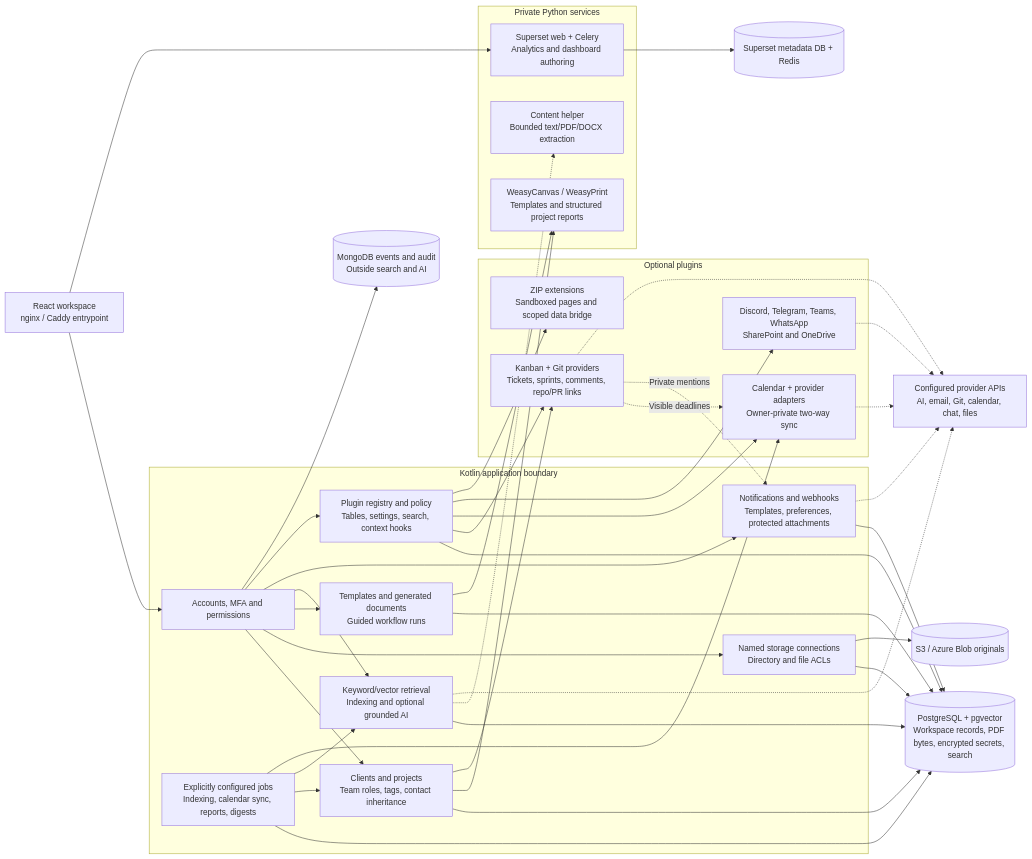
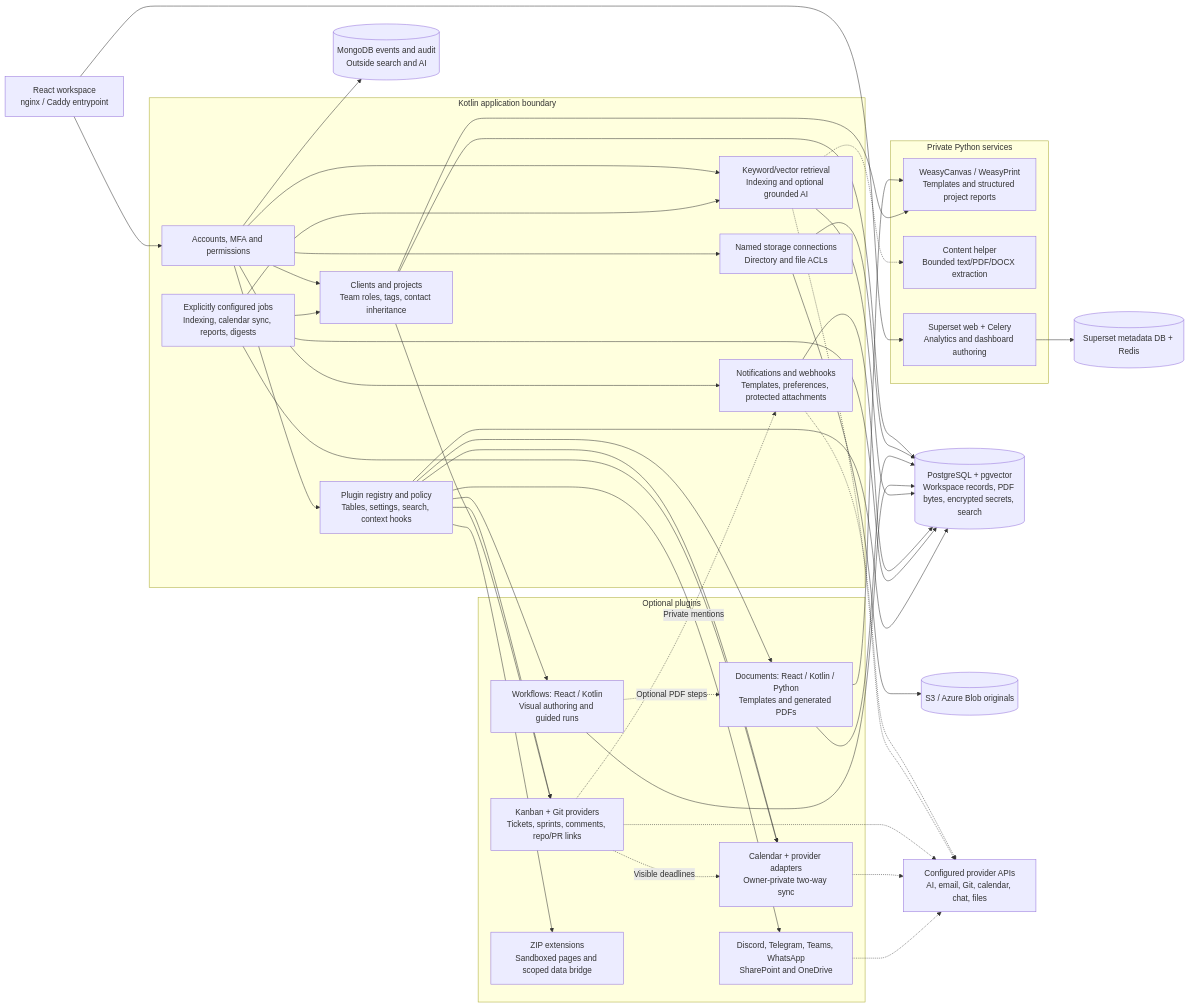
One commit to GrahamCHill/Meshable-Ops changed the first of 2 diagrams in docs/architecture.md. Above: the diagram before and after it, drawn with Mermaid. The commit also changed other lines of this file and 30 other files, not shown here.

````diff
--- a/docs/architecture.md
+++ b/docs/architecture.md
@@ -33,45 +33,47 @@
 ```mermaid
 flowchart LR
     browser["React workspace<br/>nginx / Caddy entrypoint"]
     subgraph core["Kotlin application boundary"]
         auth["Accounts, MFA and permissions"]
         projects["Clients and projects<br/>Team roles, tags, contact inheritance"]
         storage["Named storage connections<br/>Directory and file ACLs"]
-        documents["Templates and generated documents<br/>Guided workflow runs"]
         search["Keyword/vector retrieval<br/>Indexing and optional grounded AI"]
         messaging["Notifications and webhooks<br/>Templates, preferences, protected attachments"]
         jobs["Explicitly configured jobs<br/>Indexing, calendar sync, reports, digests"]
         host["Plugin registry and policy<br/>Tables, settings, search, context hooks"]
     end
     subgraph modules["Optional plugins"]
+        documents["Documents: React / Kotlin / Python<br/>Templates and generated PDFs"]
+        workflows["Workflows: React / Kotlin<br/>Visual authoring and guided runs"]
         boards["Kanban + Git providers<br/>Tickets, sprints, comments, repo/PR links"]
         calendar["Calendar + provider adapters<br/>Owner-private two-way sync"]
         integrations["Discord, Telegram, Teams, WhatsApp<br/>SharePoint and OneDrive"]
         zip["ZIP extensions<br/>Sandboxed pages and scoped data bridge"]
     end
     subgraph python["Private Python services"]
         render["WeasyCanvas / WeasyPrint<br/>Templates and structured project reports"]
         extract["Content helper<br/>Bounded text/PDF/DOCX extraction"]
         superset["Superset web + Celery<br/>Analytics and dashboard authoring"]
     end
     data[("PostgreSQL + pgvector<br/>Workspace records, PDF bytes, encrypted secrets, search")]
     objects[("S3 / Azure Blob originals")]
     mongo[("MongoDB events and audit<br/>Outside search and AI")]
     analytics[("Superset metadata DB + Redis")]
     external["Configured provider APIs<br/>AI, email, Git, calendar, chat, files"]
     browser --> auth
-    auth --> projects & storage & documents & search & messaging & host
+    auth --> projects & storage & search & messaging & host
     browser --> superset --> analytics
-    projects & storage & documents & search & messaging & jobs & host --> data
+    projects & storage & documents & workflows & search & messaging & jobs & host --> data
     storage --> objects
     auth --> mongo
     documents --> render
     projects --> render
     search -.-> extract
-    host --> boards & calendar & integrations & zip
+    host --> documents & workflows & boards & calendar & integrations & zip
+    workflows -. "Optional PDF steps" .-> documents
     projects --> boards
     boards -. "Visible deadlines" .-> calendar
     boards -. "Private mentions" .-> messaging
     jobs --> projects & search & calendar
     messaging & search & boards & calendar & integrations -.-> external
 ```
````
